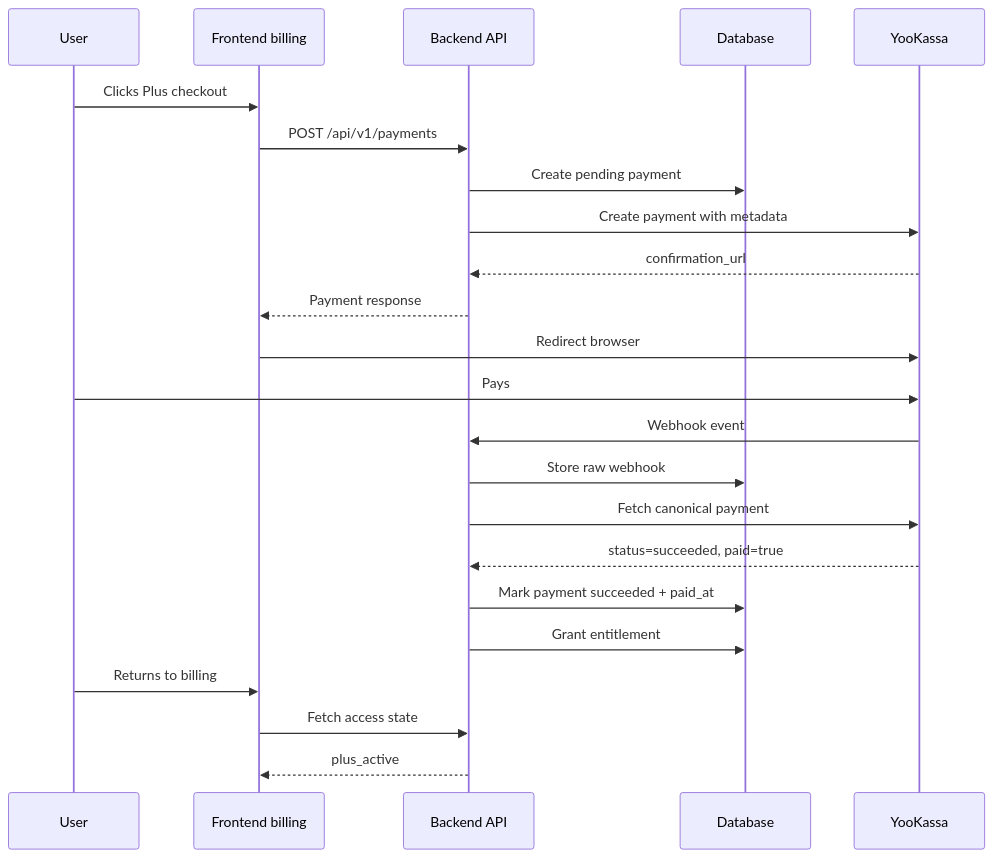
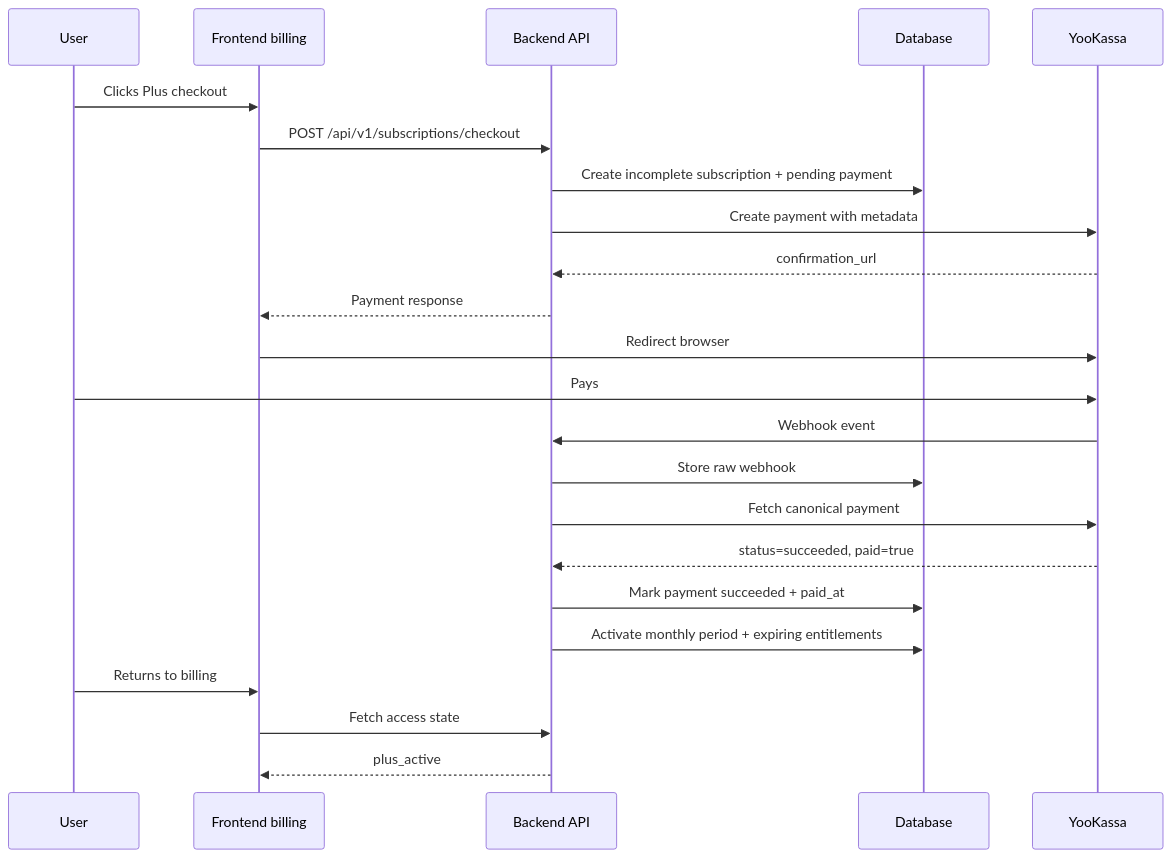
Before and after one commit to fixemer90-stack/Archemap: the first of 2 diagrams in docs/features/E6-billing-subscriptions/WORKFLOW.md, drawn with Mermaid. The commit also changed other lines of this file and 5 other files, not shown here.

Commit message:
docs(e6): sync monthly subscription evidence

````diff
--- a/docs/features/E6-billing-subscriptions/WORKFLOW.md
+++ b/docs/features/E6-billing-subscriptions/WORKFLOW.md
@@ -42,26 +46,26 @@
 ```mermaid
 sequenceDiagram
     participant User
     participant FE as Frontend billing
     participant API as Backend API
     participant DB as Database
     participant Yoo as YooKassa
 
     User->>FE: Clicks Plus checkout
-    FE->>API: POST /api/v1/payments
-    API->>DB: Create pending payment
+    FE->>API: POST /api/v1/subscriptions/checkout
+    API->>DB: Create incomplete subscription + pending payment
     API->>Yoo: Create payment with metadata
     Yoo-->>API: confirmation_url
     API-->>FE: Payment response
     FE->>Yoo: Redirect browser
     User->>Yoo: Pays
     Yoo->>API: Webhook event
     API->>DB: Store raw webhook
     API->>Yoo: Fetch canonical payment
     Yoo-->>API: status=succeeded, paid=true
     API->>DB: Mark payment succeeded + paid_at
-    API->>DB: Grant entitlement
+    API->>DB: Activate monthly period + expiring entitlements
     User->>FE: Returns to billing
     FE->>API: Fetch access state
     API-->>FE: plus_active
 ```
````
